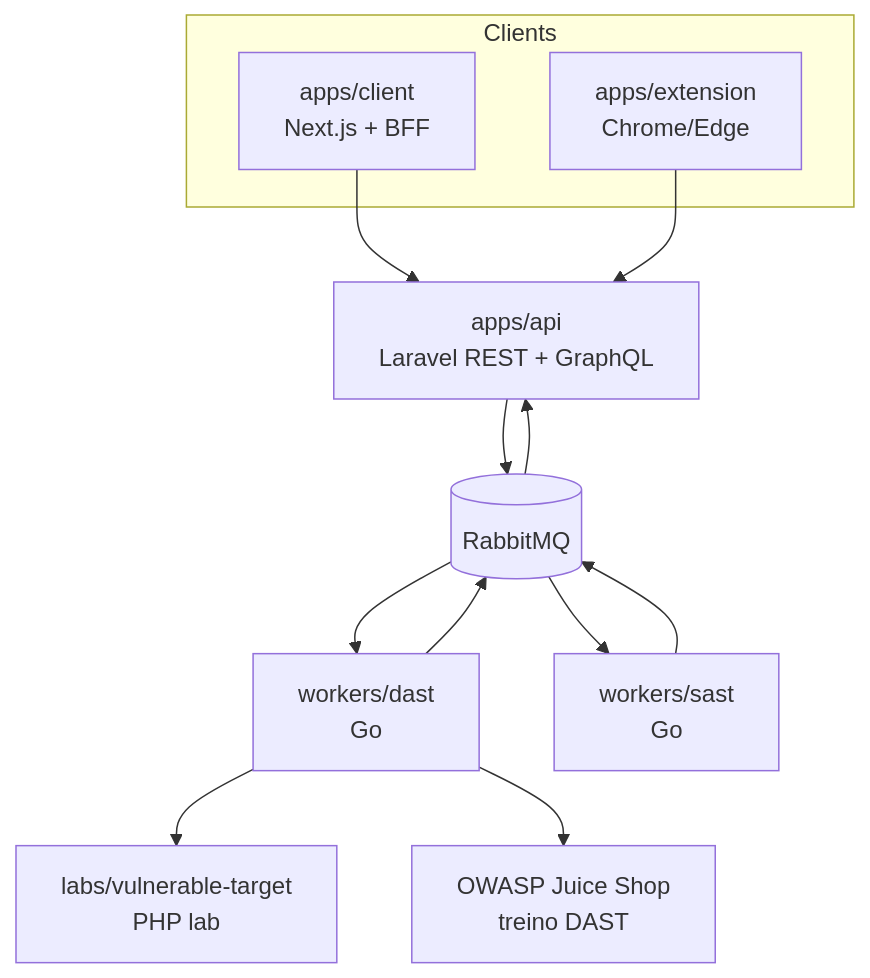
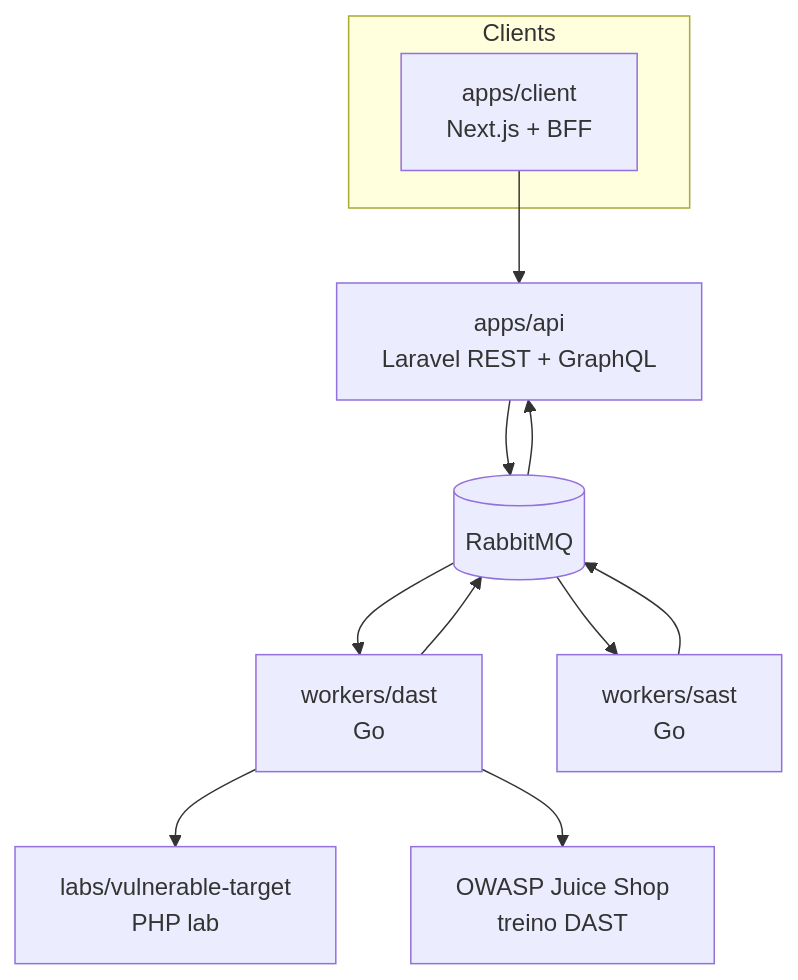
Before and after one commit to AllanCordova/shingeki: the diagram in docs/ARCHITECTURE.md, drawn with Mermaid. The commit also changed other lines of this file and 53 other files, not shown here.

````diff
--- a/docs/ARCHITECTURE.md
+++ b/docs/ARCHITECTURE.md
@@ -9,23 +9,21 @@
 ```mermaid
 flowchart TB
   subgraph clients [Clients]
     Web["apps/client\nNext.js + BFF"]
-    Ext["apps/extension\nChrome/Edge"]
   end
   API["apps/api\nLaravel REST + GraphQL"]
   Queue[(RabbitMQ)]
   DastWorker["workers/dast\nGo"]
   SastWorker["workers/sast\nGo"]
   Target["labs/vulnerable-target\nPHP lab"]
   Juice["OWASP Juice Shop\ntreino DAST"]
   Web --> API
-  Ext --> API
   API --> Queue
   Queue --> DastWorker
   Queue --> SastWorker
   DastWorker --> Target
   DastWorker --> Juice
   DastWorker --> Queue
   SastWorker --> Queue
   Queue --> API
 ```
````
